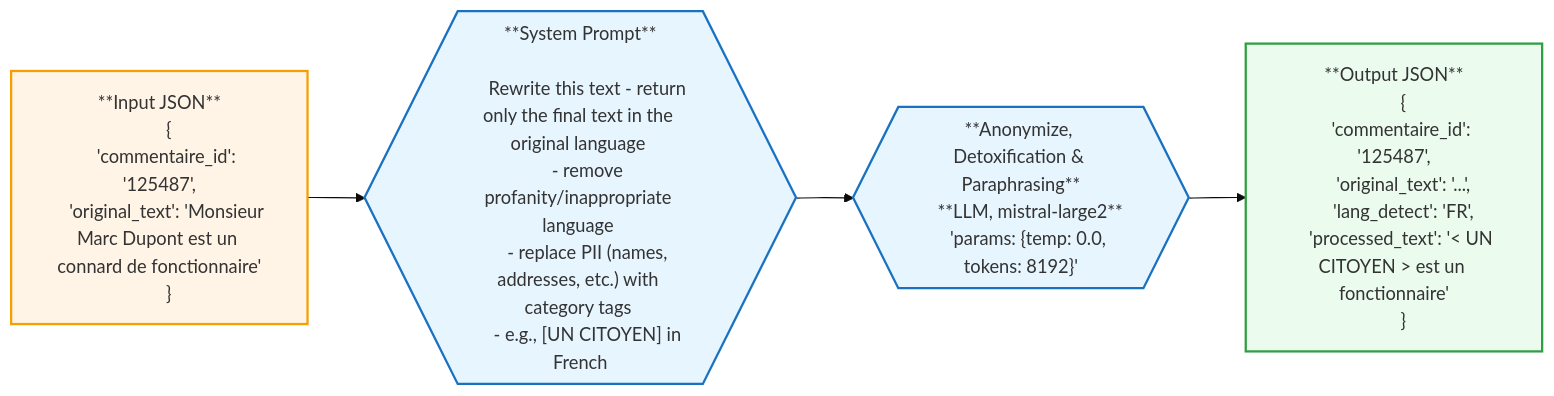
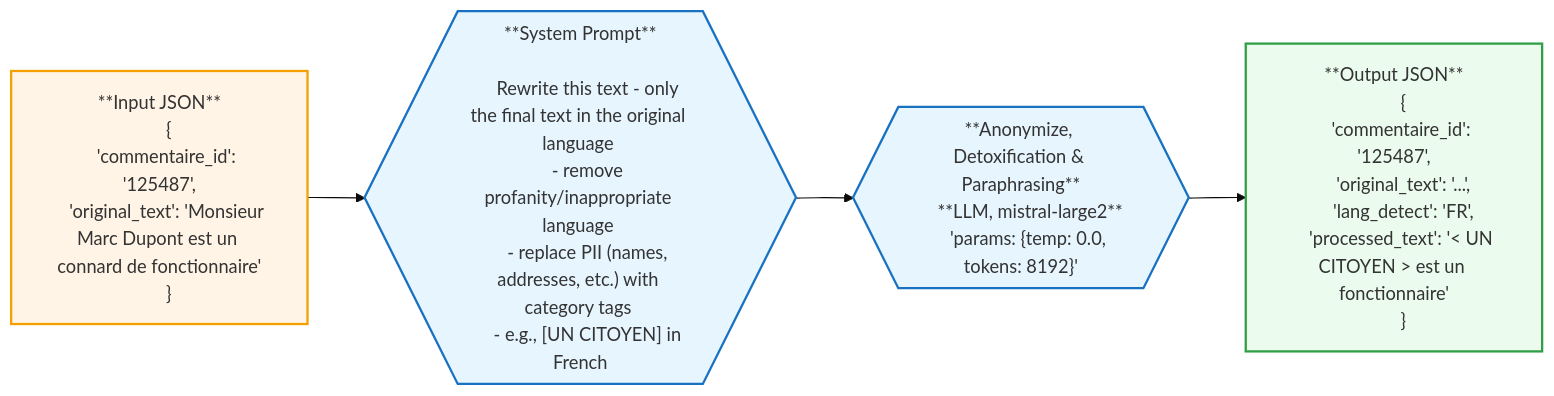
Before and after one commit to jcmeunier77code/My_cheat_sheets: the second of 2 diagrams in mermaid.md, drawn with Mermaid (base theme). The commit also changed other lines of this file, not shown here.

Commit message:
Update prompt wording for clarity

````diff
--- a/mermaid.md
+++ b/mermaid.md
@@ -47,40 +47,40 @@
 ```mermaid
 graph LR
     %% Define Nodes
     
     Input["**Input JSON**
     {
     'commentaire_id': '125487',
     'original_text': 'Monsieur Marc Dupont est un connard de fonctionnaire'
     }"]
 
     Prompt{{"**System Prompt**<br/>
-    Rewrite this text - return only the final text in the original language 
+    Rewrite this text - only the final text in the original language 
     - remove profanity/inappropriate language 
     - replace PII (names, addresses, etc.) with category tags 
     - e.g., [UN CITOYEN] in French"}}
 
     Ano_Detox{{"**Anonymize, Detoxification & Paraphrasing**
     **LLM, mistral-large2**
     'params: {temp: 0.0, tokens: 8192}'"}}
 
     Output["**Output JSON**
     {
     'commentaire_id': '125487',
     'original_text': '...',
     'lang_detect': 'FR',
     'processed_text': '< UN CITOYEN > est un fonctionnaire'
     }"]
 
     %% Define Connections
     Input --> Prompt
     Prompt --> Ano_Detox
     Ano_Detox --> Output
     
 
     %% Styling
     style Input fill:#fff4e6,stroke:#f59f00,stroke-width:2px
     style Prompt fill:#e7f5ff,stroke:#1971c2,stroke-width:2px
     style Ano_Detox fill:#e7f5ff,stroke:#1971c2,stroke-width:2px
     style Output fill:#ebfbee,stroke:#2f9e44,stroke-width:2px
 ```
````
